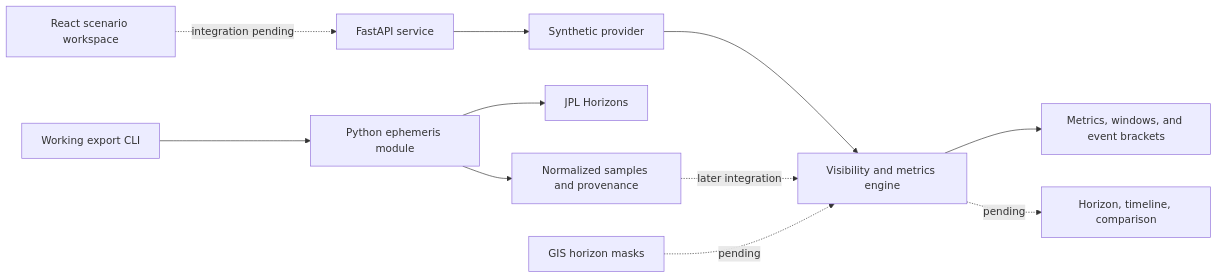
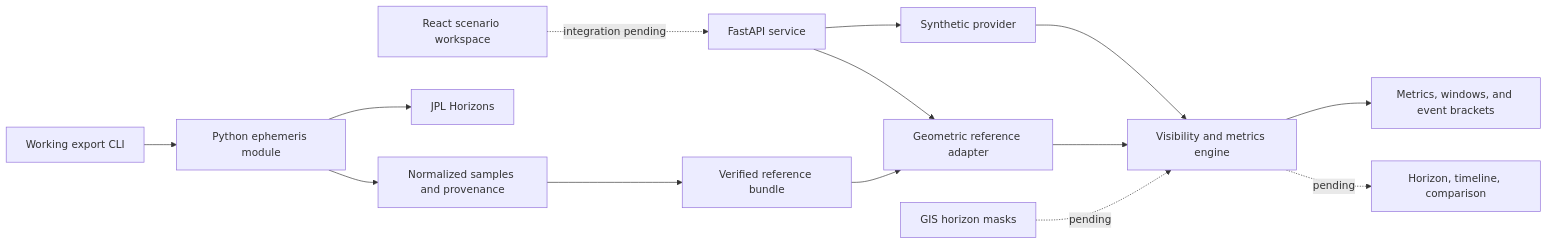
The diagram in docs/architecture.md (mihaicostache1/nasa-space-apps), drawn with Mermaid before and after one commit. The commit also changed other lines of this file and 12 other files, not shown here.

Commit message:
feat: calculate reference visibility metrics from verified NASA ephemerides

````diff
--- a/docs/architecture.md
+++ b/docs/architecture.md
@@ -35,13 +36,16 @@
 ```mermaid
 flowchart LR
   UI[React scenario workspace] -. integration pending .-> API[FastAPI service]
   API --> Demo[Synthetic provider]
+  API --> Reference[Geometric reference adapter]
+  Archive[Verified reference bundle] --> Reference
+  Reference --> Domain
   Demo --> Domain[Visibility and metrics engine]
   Domain --> Result[Metrics, windows, and event brackets]
   CLI[Working export CLI] --> Provider[Python ephemeris module]
   Provider --> Horizons[JPL Horizons]
   Provider --> Data[Normalized samples and provenance]
-  Data -. later integration .-> Domain
+  Data --> Archive
   GIS[GIS horizon masks] -. pending .-> Domain
   Domain -. pending .-> Views[Horizon, timeline, comparison]
 ```
````
